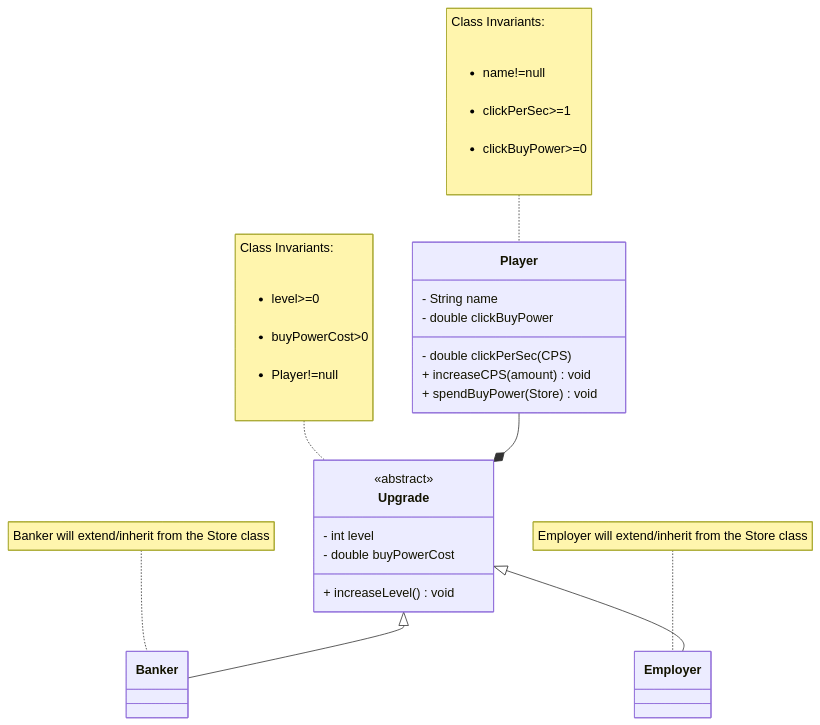
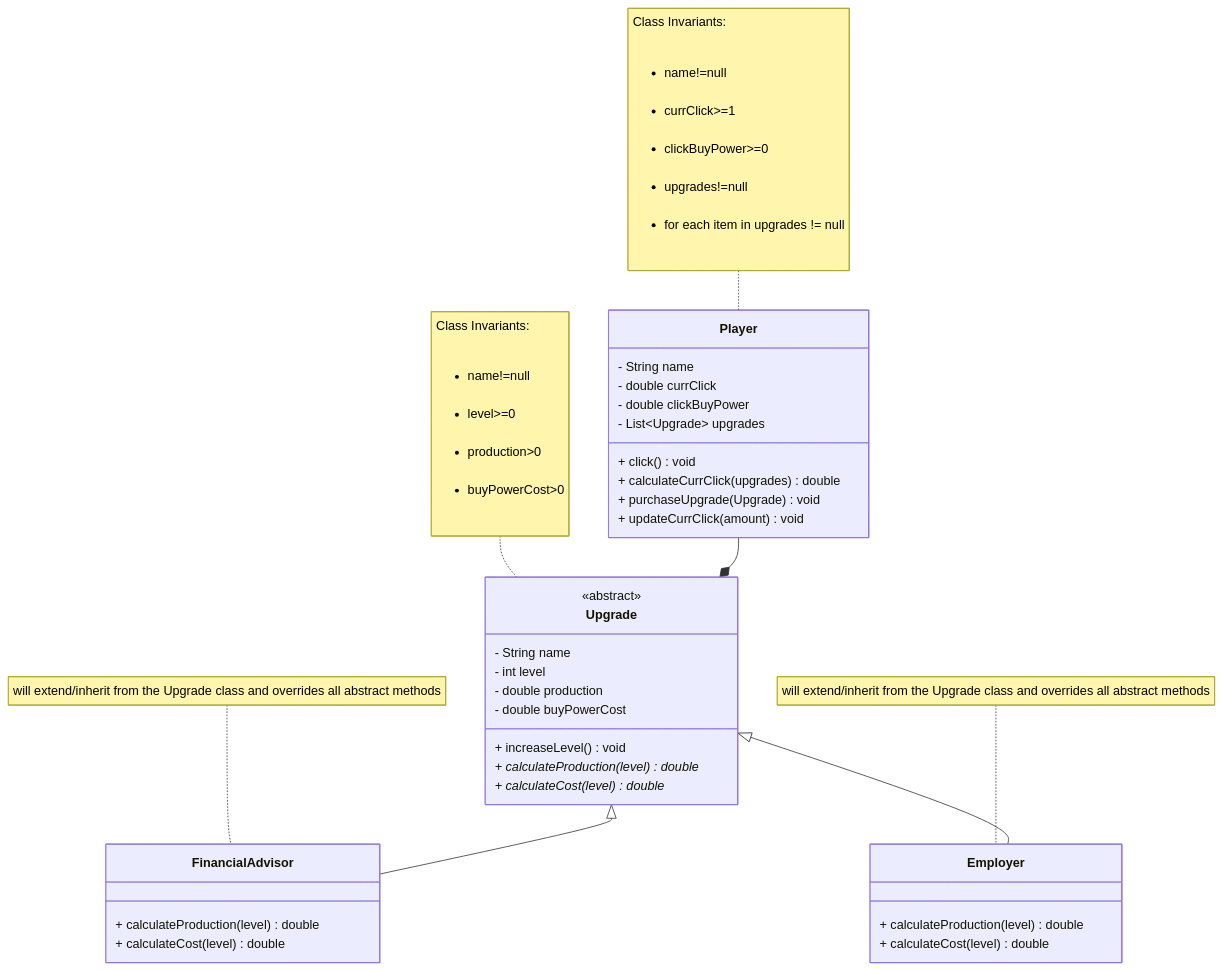
One commit to kaesotiric/money_clicker_game changed the diagram in clicker_project/domain.md. Above: the diagram before and after it, drawn with Mermaid. The commit also changed 3 other files, not shown here.

````diff
--- a/clicker_project/domain.md
+++ b/clicker_project/domain.md
@@ -8,46 +8,62 @@
 ```mermaid
 
 classDiagram
 
 class Player {
     - String name
-    - double clickPerSec(CPS)
+    - double currClick
     - double clickBuyPower
-    + increaseCPS(amount) void
-    + spendBuyPower(Store) void
+    - List~Upgrade~ upgrades
+    + click() void
+    + calculateCurrClick(upgrades) double
+    + purchaseUpgrade(Upgrade) void
+    + updateCurrClick(amount) void
     }
     
     note for Player "Class Invariants:
     <ul>
     <li>name!=null</li>
-    <li>clickPerSec>=1</li>
+    <li>currClick>=1</li>
     <li>clickBuyPower>=0</li>
+    <li>upgrades!=null</li>
+    <li>for each item in upgrades != null</li>
     </ul>"
 
      class Upgrade {
          <<abstract>>
+         - String name
          - int level
+         - double production
          - double buyPowerCost
          + increaseLevel() void
+         + calculateProduction(level)* double
+         + calculateCost(level)* double
+
      }
     note for Upgrade "Class Invariants:
     <ul>
+    <li>name!=null</li>
     <li>level>=0</li>
+    <li>production>0</li>
     <li>buyPowerCost>0</li>
-    <li>Player!=null</li>
     </ul>"
     
-     note for Banker "Banker will extend/inherit from the Store class"
+     note for FinancialAdvisor  "will extend/inherit from the Upgrade class and overrides all abstract methods"
      
-     class Banker {
+     class FinancialAdvisor {
+         + calculateProduction(level) double
+         + calculateCost(level) double
+         
      }
      
-     note for Employer "Employer will extend/inherit from the Store class"
+     note for Employer "will extend/inherit from the Upgrade class and overrides all abstract methods"
      class Employer {
+        + calculateProduction(level) double
+        + calculateCost(level) double
+        
      }
-     
     Player --* Upgrade
-    Upgrade <|-- Banker
+    Upgrade <|-- FinancialAdvisor
     Upgrade <|-- Employer
     
 ```
````
